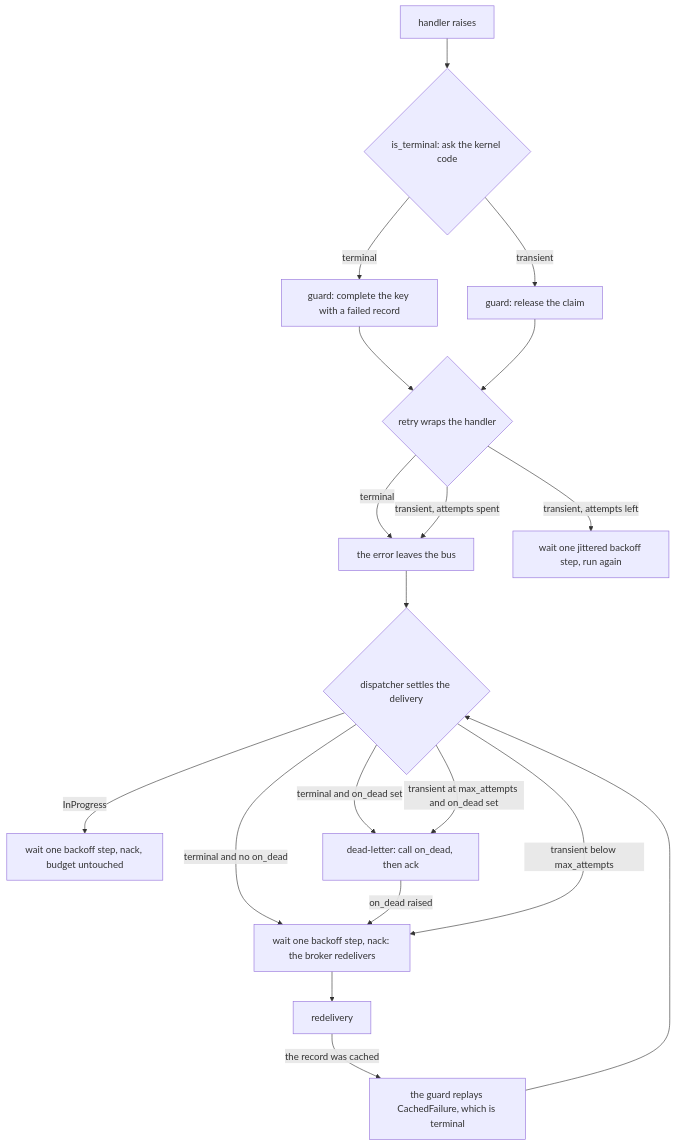
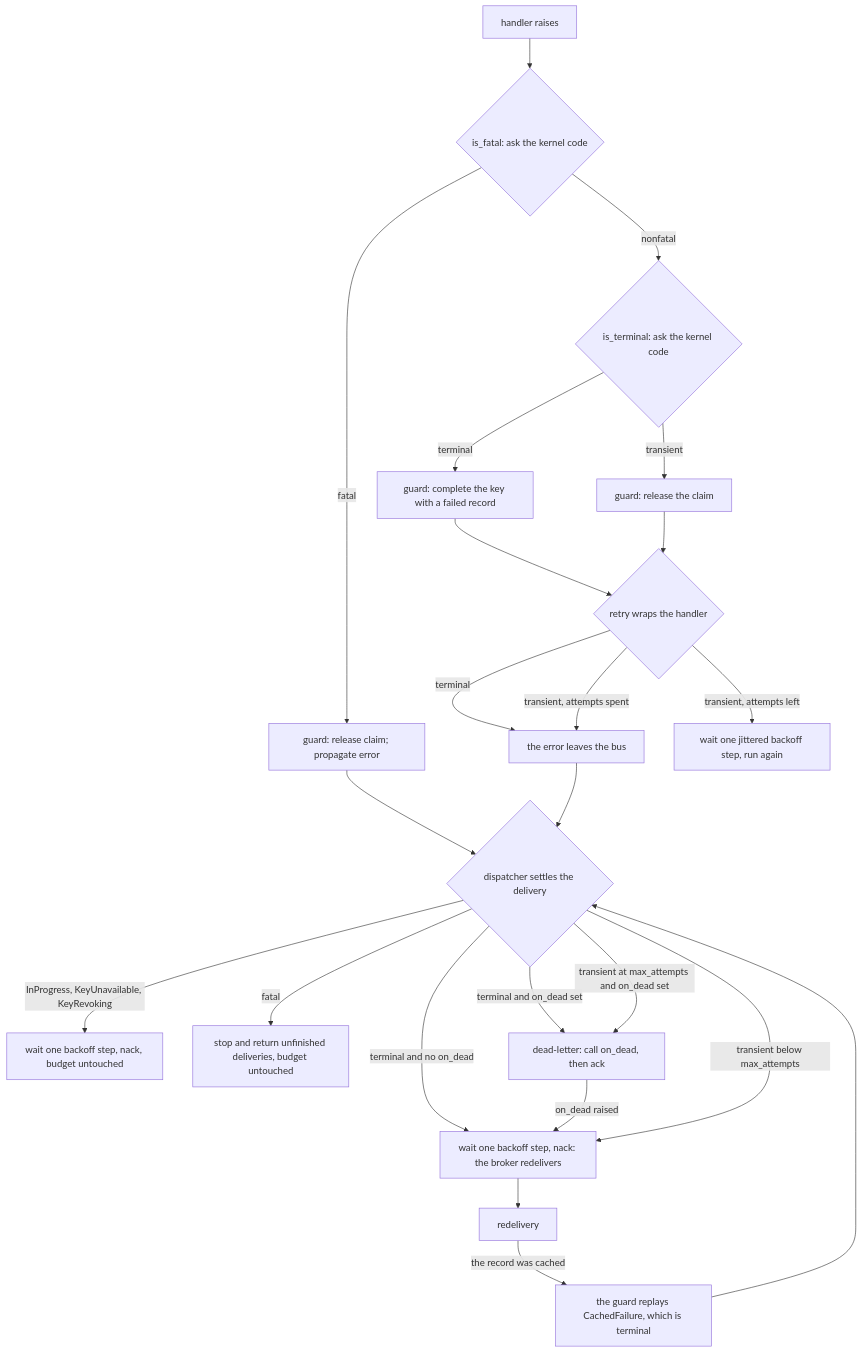
One commit to haskian/edax changed the second of 2 diagrams in docs/sdk/errors.md. Above: the diagram before and after it, drawn with Mermaid. The commit also changed other lines of this file and 24 other files, not shown here.

````diff
--- a/docs/sdk/errors.md
+++ b/docs/sdk/errors.md
@@ -254,21 +258,25 @@
 ```mermaid
 flowchart TB
-    H["handler raises"] --> C{"is_terminal: ask the kernel code"}
+    H["handler raises"] --> F{"is_fatal: ask the kernel code"}
+    F -- "fatal" --> RELEASE["guard: release claim; propagate error"]
+    RELEASE --> D{"dispatcher settles the delivery"}
+    F -- "nonfatal" --> C{"is_terminal: ask the kernel code"}
     C -- "terminal" --> T1["guard: complete the key with a failed record"]
     C -- "transient" --> R1["guard: release the claim"]
     T1 --> RT{"retry wraps the handler"}
     R1 --> RT
     RT -- "terminal" --> OUT["the error leaves the bus"]
     RT -- "transient, attempts left" --> AGAIN["wait one jittered backoff step, run again"]
     RT -- "transient, attempts spent" --> OUT
-    OUT --> D{"dispatcher settles the delivery"}
-    D -- "InProgress" --> W["wait one backoff step, nack, budget untouched"]
+    OUT --> D
+    D -- "InProgress, KeyUnavailable, KeyRevoking" --> W["wait one backoff step, nack, budget untouched"]
+    D -- "fatal" --> STOP["stop and return unfinished deliveries, budget untouched"]
     D -- "terminal and on_dead set" --> DL["dead-letter: call on_dead, then ack"]
     D -- "terminal and no on_dead" --> N["wait one backoff step, nack: the broker redelivers"]
     DL -- "on_dead raised" --> N
     D -- "transient below max_attempts" --> N
     D -- "transient at max_attempts and on_dead set" --> DL
     N --> RD["redelivery"]
     RD -- "the record was cached" --> CF["the guard replays CachedFailure, which is terminal"]
     CF --> D
 ```
````
